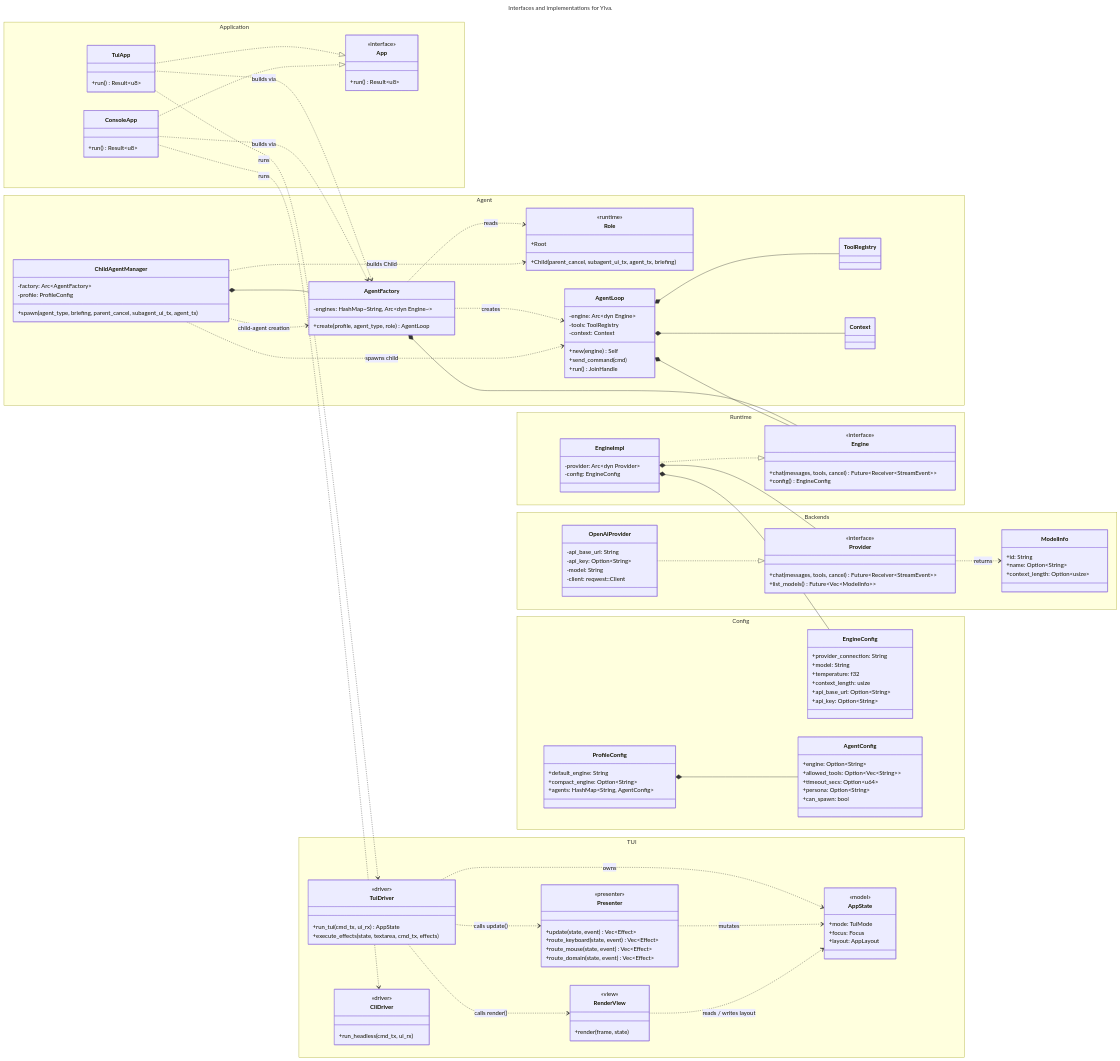
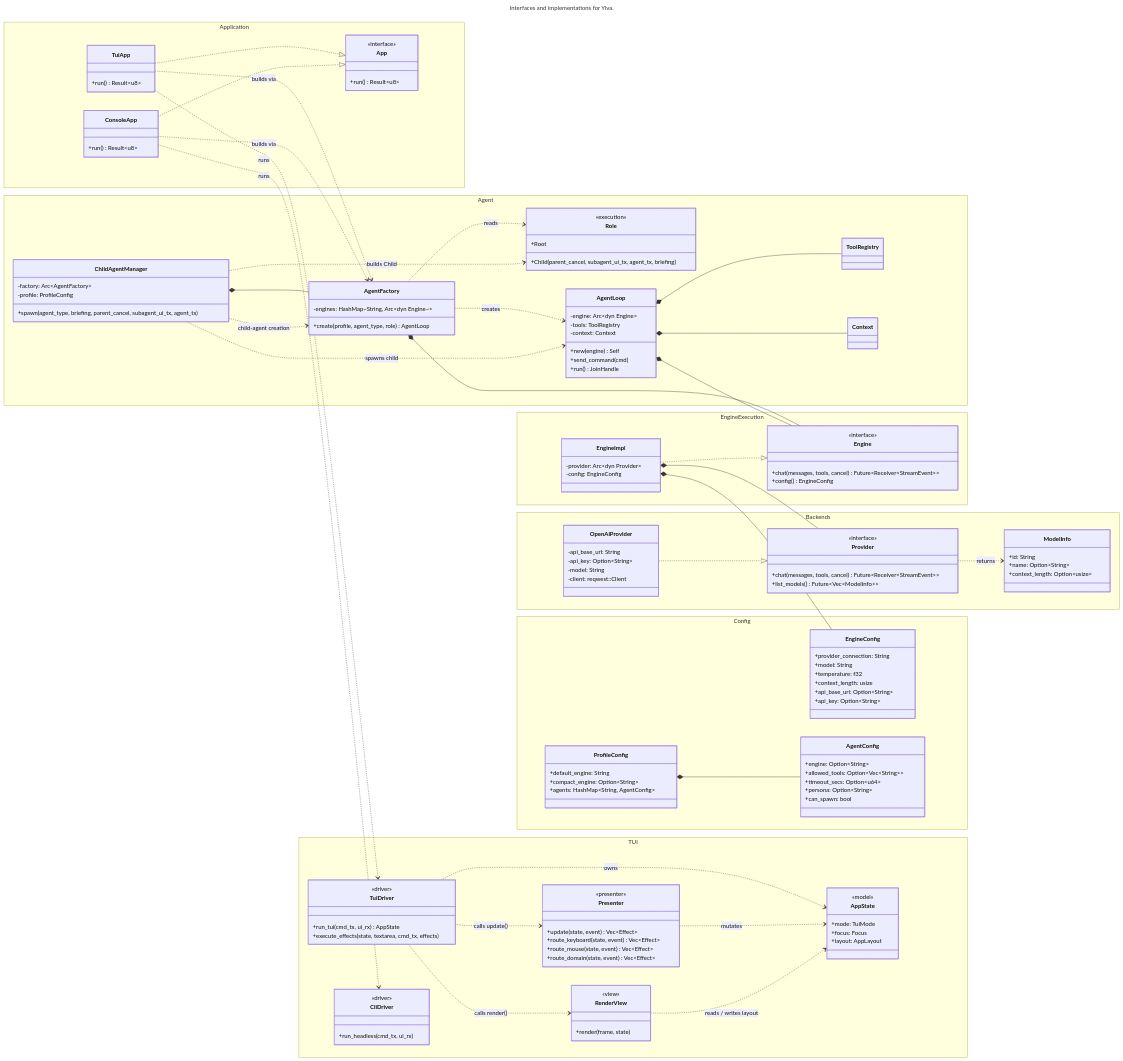
One commit to manuel-koch/ylva changed the diagram in docs/class-diagram.mmd. Above: the diagram before and after it, drawn with Mermaid. The commit also changed 50 other files, not shown here.

Commit message:
Refactor notes on engine runtime

```diff
--- a/docs/class-diagram.mmd
+++ b/docs/class-diagram.mmd
@@ -1,160 +1,160 @@
 ---
 title: Interfaces and implementations for Ylva.
 layout: elk
 ---
 
 classDiagram
     direction LR
 
     namespace Application {
         class App {
             <<interface>>
             +run() Result~u8~
         }
         class TuiApp {
             +run() Result~u8~
         }
         class ConsoleApp {
             +run() Result~u8~
         }
     }
 
     namespace Agent {
         class AgentFactory {
             -engines: HashMap~String, Arc~dyn Engine~~
             +create(profile, agent_type, role) AgentLoop
         }
         class Role {
-            <<runtime>>
+            <<execution>>
             +Root
             +Child(parent_cancel, subagent_ui_tx, agent_tx, briefing)
         }
         class ChildAgentManager {
             -factory: Arc~AgentFactory~
             -profile: ProfileConfig
             +spawn(agent_type, briefing, parent_cancel, subagent_ui_tx, agent_tx)
         }
         class AgentLoop {
             -engine: Arc~dyn Engine~
             -tools: ToolRegistry
             -context: Context
             +new(engine) Self
             +send_command(cmd)
             +run() JoinHandle
         }
         class ToolRegistry {}
         class Context {}
     }
 
-    namespace Runtime {
+    namespace EngineExecution {
         class EngineImpl {
             -provider: Arc~dyn Provider~
             -config: EngineConfig
         }
         class Engine {
             <<interface>>
             +chat(messages, tools, cancel) Future~Receiver~StreamEvent~~
             +config() EngineConfig
         }
     }
 
     namespace Backends {
         class Provider {
             <<interface>>
             +chat(messages, tools, cancel) Future~Receiver~StreamEvent~~
             +list_models() Future~Vec~ModelInfo~~
         }
         class ModelInfo {
             +id: String
             +name: Option~String~
             +context_length: Option~usize~
         }
         class OpenAiProvider {
             -api_base_url: String
             -api_key: Option~String~
             -model: String
             -client: reqwest::Client
         }
     }
 
     namespace Config {
         class EngineConfig {
             +provider_connection: String
             +model: String
             +temperature: f32
             +context_length: usize
             +api_base_url: Option~String~
             +api_key: Option~String~
         }
         class ProfileConfig {
             +default_engine: String
             +compact_engine: Option~String~
             +agents: HashMap~String, AgentConfig~
         }
         class AgentConfig {
             +engine: Option~String~
             +allowed_tools: Option~Vec~String~~
             +timeout_secs: Option~u64~
             +persona: Option~String~
             +can_spawn: bool
         }
     }
 
     %% ---- TUI internal modules ----
     namespace TUI {
         class AppState {
             <<model>>
             +mode: TuiMode
             +focus: Focus
             +layout: AppLayout
         }
         class Presenter {
             <<presenter>>
             +update(state, event) Vec~Effect~
             +route_keyboard(state, event) Vec~Effect~
             +route_mouse(state, event) Vec~Effect~
             +route_domain(state, event) Vec~Effect~
         }
         class RenderView {
             <<view>>
             +render(frame, state)
         }
         class TuiDriver {
             <<driver>>
             +run_tui(cmd_tx, ui_rx) AppState
             +execute_effects(state, textarea, cmd_tx, effects)
         }
         class CliDriver {
             <<driver>>
             +run_headless(cmd_tx, ui_rx)
         }
     }
 
     %% ---- Relationships ----
     TuiApp ..|> App
     ConsoleApp ..|> App
     TuiApp ..> TuiDriver : runs
     TuiDriver ..> AppState : owns
     TuiDriver ..> Presenter : calls update()
     TuiDriver ..> RenderView : calls render()
     Presenter ..> AppState : mutates
     RenderView ..> AppState : reads / writes layout
     ConsoleApp ..> CliDriver : runs
     AgentFactory ..> AgentLoop : creates
     AgentFactory ..> Role : reads
     ChildAgentManager *-- AgentFactory
     ChildAgentManager ..> Role : builds Child
     ChildAgentManager ..> AgentFactory : child-agent creation
     ChildAgentManager ..> AgentLoop : spawns child
     AgentLoop *-- ToolRegistry
     AgentLoop *-- Context
     EngineImpl ..|> Engine
     EngineImpl *-- EngineConfig
     OpenAiProvider ..|> Provider
     Provider ..> ModelInfo : returns
     ProfileConfig *-- AgentConfig
     TuiApp ..> AgentFactory : builds via
     ConsoleApp ..> AgentFactory : builds via
     AgentFactory *-- Engine
     AgentLoop *-- Engine
     EngineImpl *-- Provider
```
